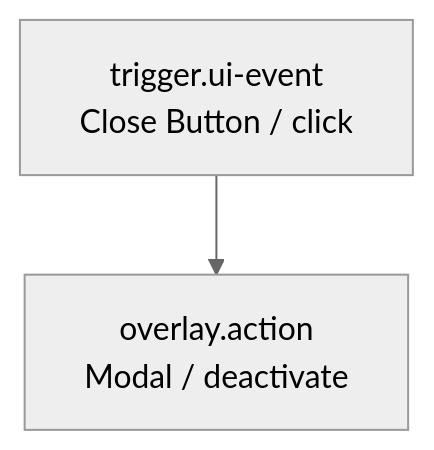
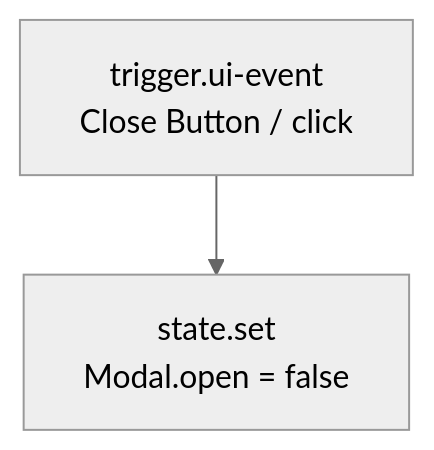
Before and after one commit to northwest-hcu/FlagShip: the second of 2 diagrams in docs/flow-usage.md, drawn with Mermaid (neutral theme). The commit also changed other lines of this file and 24 other files, not shown here.

````diff
--- a/docs/flow-usage.md
+++ b/docs/flow-usage.md
@@ -45,4 +47,4 @@
 ```mermaid
 flowchart TD
-    Click["trigger.ui-event<br/>Close Button / click"] --> Close["overlay.action<br/>Modal / deactivate"]
+    Click["trigger.ui-event<br/>Close Button / click"] --> Close["state.set<br/>Modal.open = false"]
 ```
````
